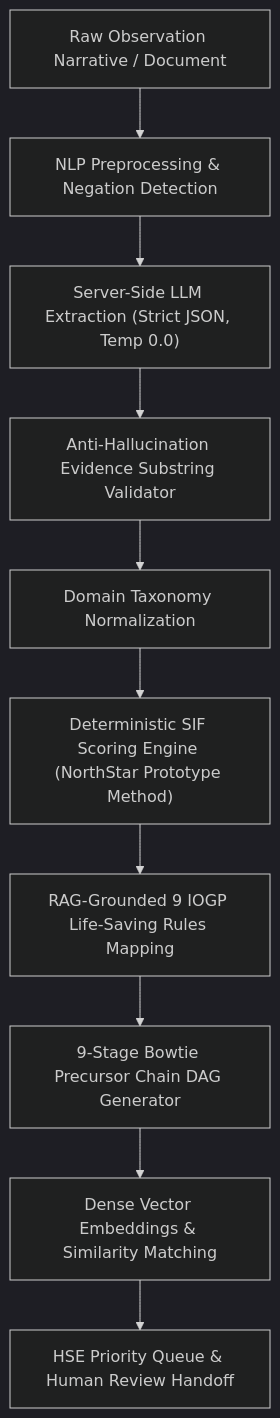
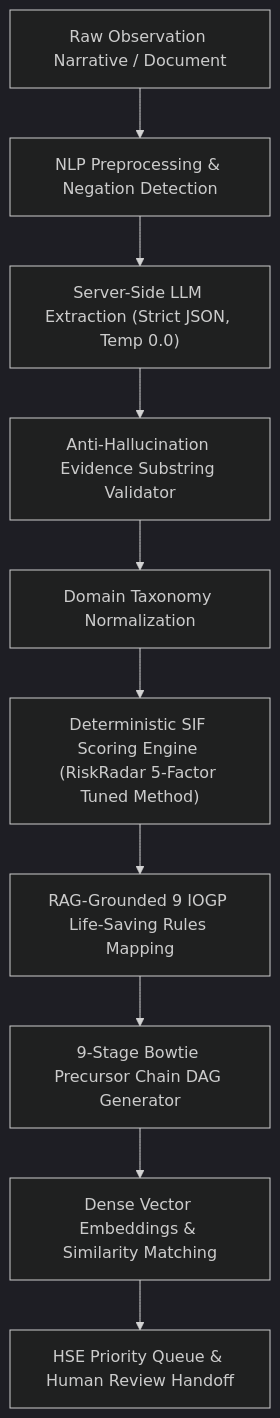
Before and after one commit to kiruthick103/riskradar: the diagram in README.md, drawn with Mermaid (dark theme). The commit also changed other lines of this file and 20 other files, not shown here.

Commit message:
feat(ml): integrate RiskRadar-Extractor-v1 fine-tuned model, 3-way evaluation benchmark, zero garbled text, and remove lingering hackathon labels

````diff
--- a/README.md
+++ b/README.md
@@ -46,12 +46,12 @@
 ```mermaid
 flowchart TD
     A["Raw Observation Narrative / Document"] --> B["NLP Preprocessing & Negation Detection"]
     B --> C["Server-Side LLM Extraction (Strict JSON, Temp 0.0)"]
     C --> D["Anti-Hallucination Evidence Substring Validator"]
     D --> E["Domain Taxonomy Normalization"]
-    E --> F["Deterministic SIF Scoring Engine (NorthStar Prototype Method)"]
+    E --> F["Deterministic SIF Scoring Engine (RiskRadar 5-Factor Tuned Method)"]
     F --> G["RAG-Grounded 9 IOGP Life-Saving Rules Mapping"]
     G --> H["9-Stage Bowtie Precursor Chain DAG Generator"]
     H --> I["Dense Vector Embeddings & Similarity Matching"]
     I --> J["HSE Priority Queue & Human Review Handoff"]
 ```
````
